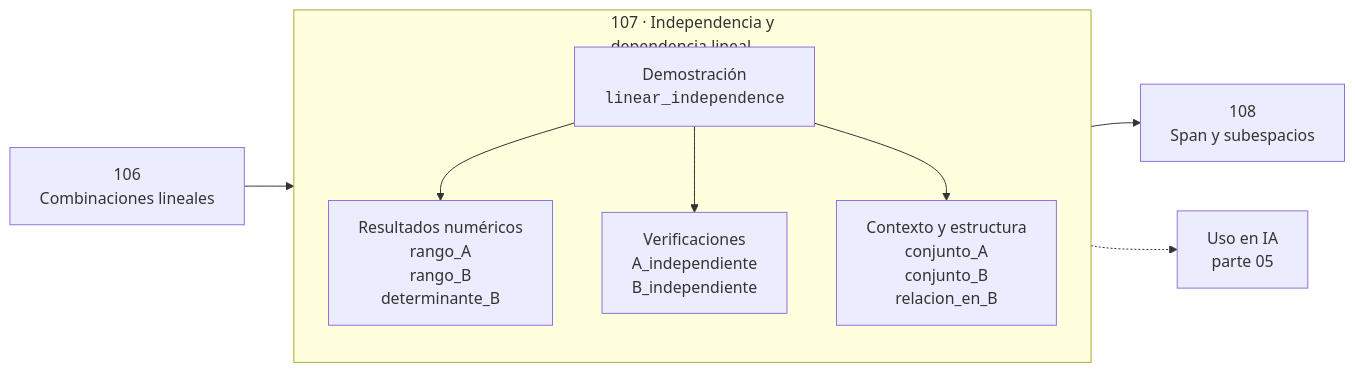
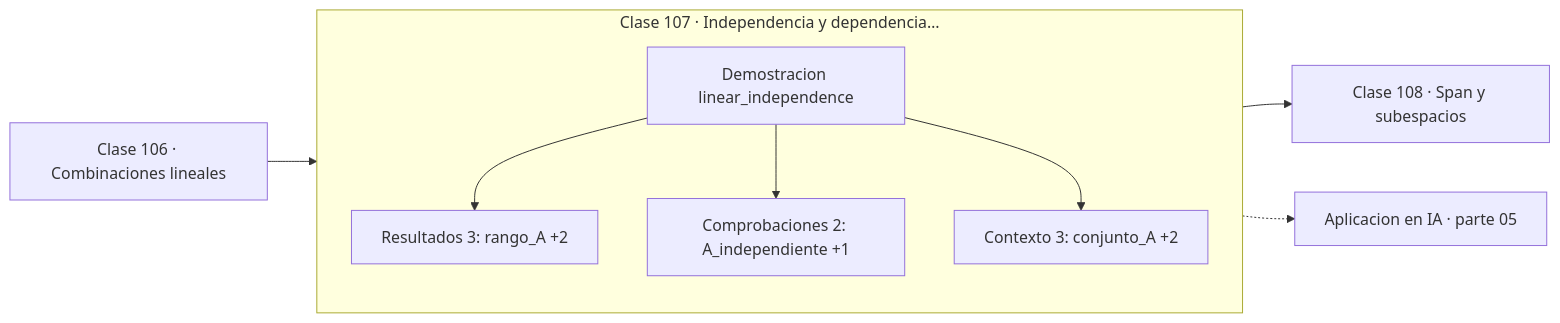
One commit to vladimiracunadev-create/computational-mathematics-program changed the diagram in classes/part-05-algebra-lineal-i-vectores-y-matrices/107-independencia-y-dependencia-lineal/README.md. Above: the diagram before and after it, drawn with Mermaid. The commit also changed 389 other files, not shown here.

First line of the commit message:
fix(diagramas): elimina el HTML de las etiquetas Mermaid

````diff
--- a/classes/part-05-algebra-lineal-i-vectores-y-matrices/107-independencia-y-dependencia-lineal/README.md
+++ b/classes/part-05-algebra-lineal-i-vectores-y-matrices/107-independencia-y-dependencia-lineal/README.md
@@ -30,12 +30,13 @@
 ```mermaid
 flowchart LR
-    P["106<br/>Combinaciones lineales"] --> C
-    subgraph C["107 · Independencia y<br/>dependencia lineal"]
+    P["Clase 106 · Combinaciones lineales"] --> D
+    subgraph CLASE["Clase 107 · Independencia y dependencia…"]
         direction TB
-        D["Demostración<br/><code>linear_independence</code>"] --> R["Resultados numéricos<br/>rango_A<br/>rango_B<br/>determinante_B"]
-        D --> V["Verificaciones<br/>A_independiente<br/>B_independiente"]
-        D --> O["Contexto y estructura<br/>conjunto_A<br/>conjunto_B<br/>relacion_en_B"]
+        D["Demostracion linear_independence"]
+        D --> R["Resultados 3: rango_A +2"]
+        D --> V["Comprobaciones 2: A_independiente +1"]
+        D --> O["Contexto 3: conjunto_A +2"]
     end
-    C --> N["108<br/>Span y subespacios"]
-    C -.-> IA["Uso en IA<br/>parte 05"]
+    R --> N["Clase 108 · Span y subespacios"]
+    V -.-> IA["Aplicacion en IA · parte 05"]
 ```
````
